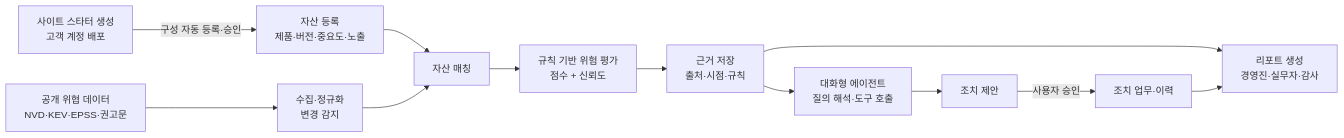
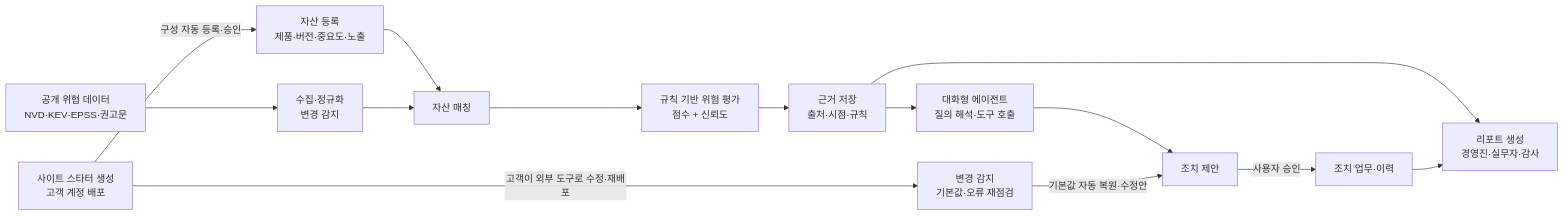
Before and after one commit to kty2001/final_mvp: the diagram in 기획안_v2.md, drawn with Mermaid. The commit also changed other lines of this file and 4 other files, not shown here.

````diff
--- a/기획안_v2.md
+++ b/기획안_v2.md
@@ -301,14 +319,16 @@
 ```mermaid
 flowchart LR
   A[공개 위협 데이터<br/>NVD·KEV·EPSS·권고문] --> B[수집·정규화<br/>변경 감지]
   C[자산 등록<br/>제품·버전·중요도·노출] --> D[자산 매칭]
   B --> D
   D --> E[규칙 기반 위험 평가<br/>점수 + 신뢰도]
   E --> F[근거 저장<br/>출처·시점·규칙]
   F --> G[대화형 에이전트<br/>질의 해석·도구 호출]
   F --> H[리포트 생성<br/>경영진·실무자·감사]
   G --> I[조치 제안]
   I -->|사용자 승인| J[조치 업무·이력]
   J --> H
   S[사이트 스타터 생성<br/>고객 계정 배포] -->|구성 자동 등록·승인| C
+  S -->|고객이 외부 도구로 수정·재배포| K[변경 감지<br/>기본값·오류 재점검]
+  K -->|기본값 자동 복원·수정안| I
 ```
````
